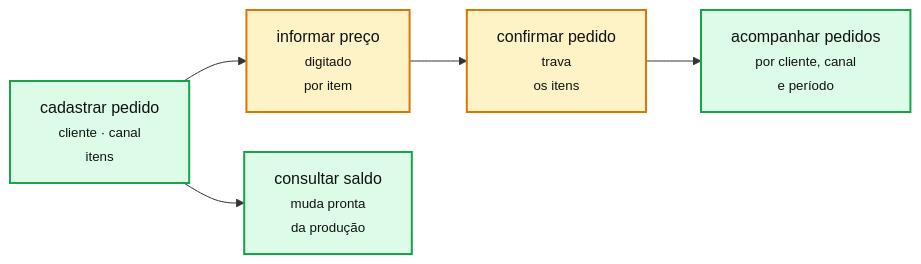
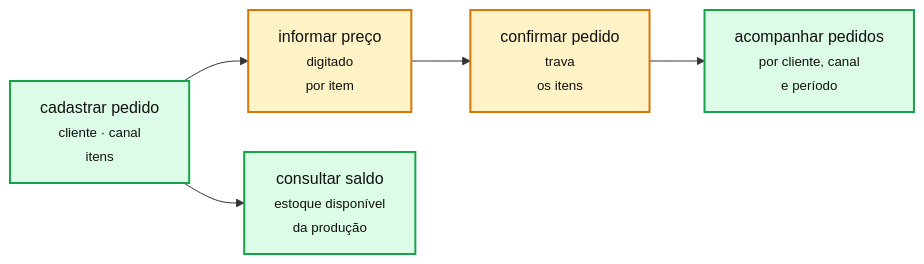
Before and after one commit to JoaoMudar/tcc: the diagram in docs/rotinas/img/mapa-3-comercial.mmd, drawn with Mermaid. The commit also changed 56 other files, not shown here.

First line of the commit message:
docs: estoque disponível, altura do lote e pedem providência

```diff
--- a/docs/rotinas/img/mapa-3-comercial.mmd
+++ b/docs/rotinas/img/mapa-3-comercial.mmd
@@ -1,22 +1,22 @@
 %% Comercial: o pedido negociado fora do sistema, registrado dentro dele.
 %% Em LR: sao cinco caixas e uma so ramificacao, entao a rotina cabe numa faixa
 %% horizontal com a consulta de saldo pendurada embaixo, sem seta cruzando outra.
 %%{init: {'flowchart': {'rankSpacing': 55, 'nodeSpacing': 40, 'curve': 'basis'}}}%%
 flowchart LR
   CR["cadastrar pedido<br/><small>cliente · canal<br/>itens</small>"]
   PC["informar preço<br/><small>digitado<br/>por item</small>"]
   CO["confirmar pedido<br/><small>trava<br/>os itens</small>"]
   AC["acompanhar pedidos<br/><small>por cliente, canal<br/>e período</small>"]
-  SD["consultar saldo<br/><small>muda pronta<br/>da produção</small>"]
+  SD["consultar saldo<br/><small>estoque disponível<br/>da produção</small>"]
 
   CR --> PC
   PC --> CO
   CO --> AC
   CR --> SD
 
   classDef ok fill:#dcfce7,stroke:#16a34a,stroke-width:2px,color:#111
   classDef meio fill:#fef3c7,stroke:#d97706,stroke-width:2px,color:#111
   classDef falta fill:#fee2e2,stroke:#dc2626,stroke-width:2px,color:#111
 
   class CR,SD,AC ok
   class PC,CO meio
```
